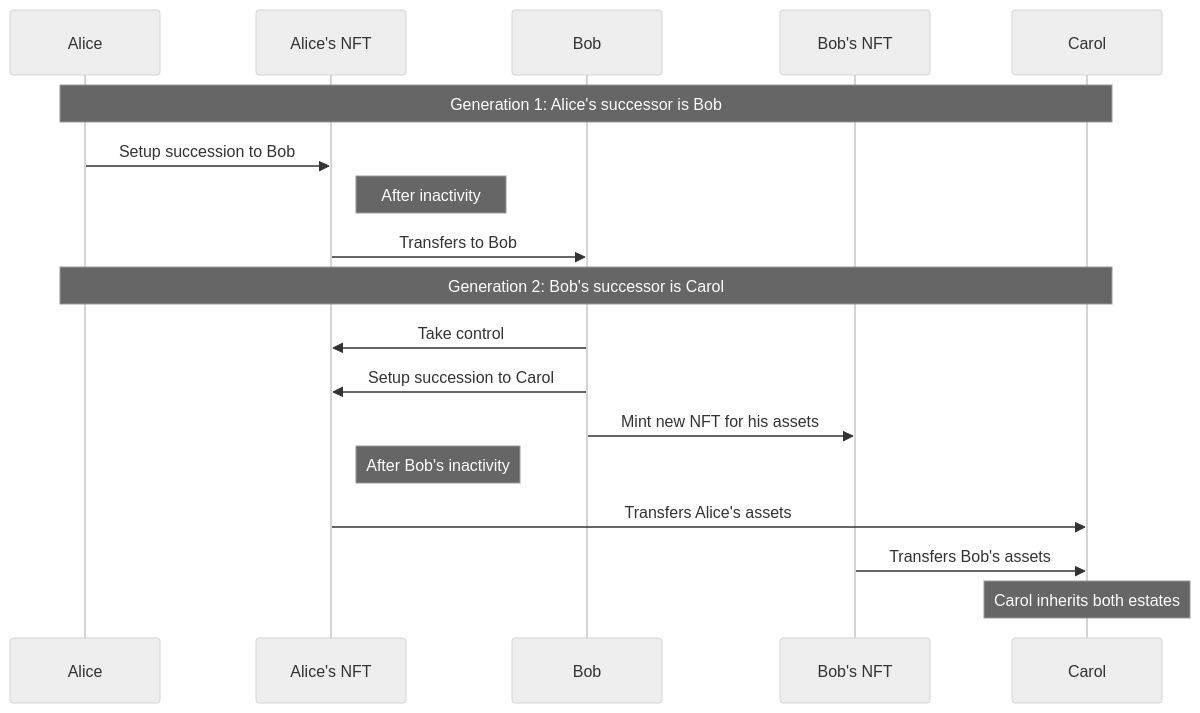
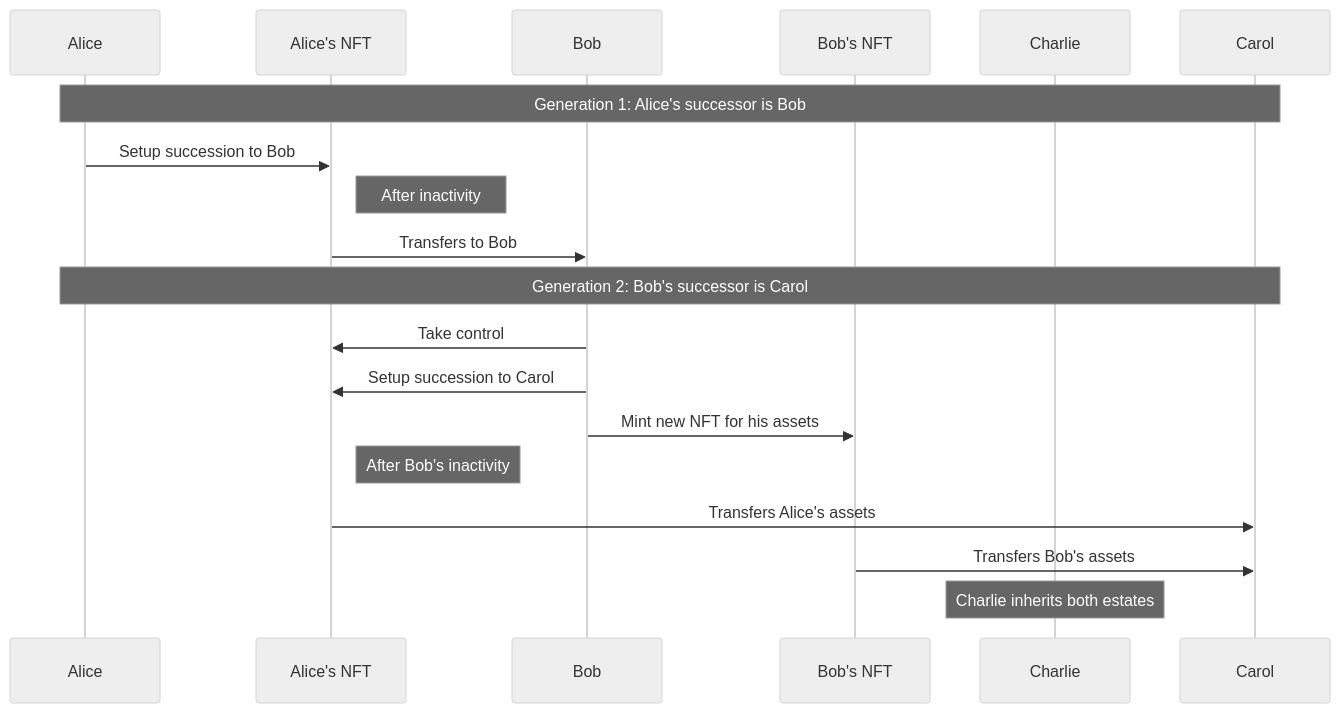
The ninth of 16 diagrams in docs/Diagrams.md (perdura/succession-controlled-accounts), drawn with Mermaid (neutral theme) before and after one commit. The commit also changed other lines of this file, not shown here.

First line of the commit message:
docs: fix diagram clarity issues

````diff
--- a/docs/Diagrams.md
+++ b/docs/Diagrams.md
@@ -259,23 +259,23 @@
 ```mermaid
 sequenceDiagram
     participant Alice
     participant NFT1 as Alice's NFT
     participant Bob
     participant NFT2 as Bob's NFT
-    participant Carol
+    participant Charlie
     
     Note over Alice,Carol: Generation 1: Alice's successor is Bob
     Alice->>NFT1: Setup succession to Bob
     Note right of NFT1: After inactivity
     NFT1->>Bob: Transfers to Bob
     
     Note over Alice,Carol: Generation 2: Bob's successor is Carol
     Bob->>NFT1: Take control
     Bob->>NFT1: Setup succession to Carol
     Bob->>NFT2: Mint new NFT for his assets
     Note right of NFT1: After Bob's inactivity
     NFT1->>Carol: Transfers Alice's assets
     NFT2->>Carol: Transfers Bob's assets
     
-    Note over Carol: Carol inherits both estates
+    Note over Charlie: Charlie inherits both estates
 ```
````
